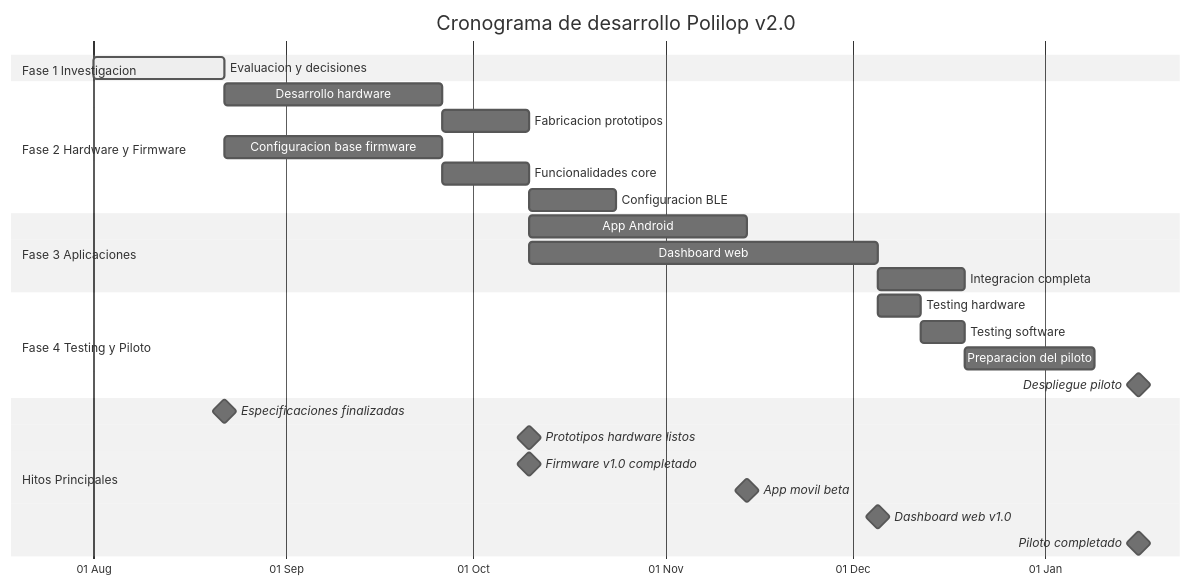
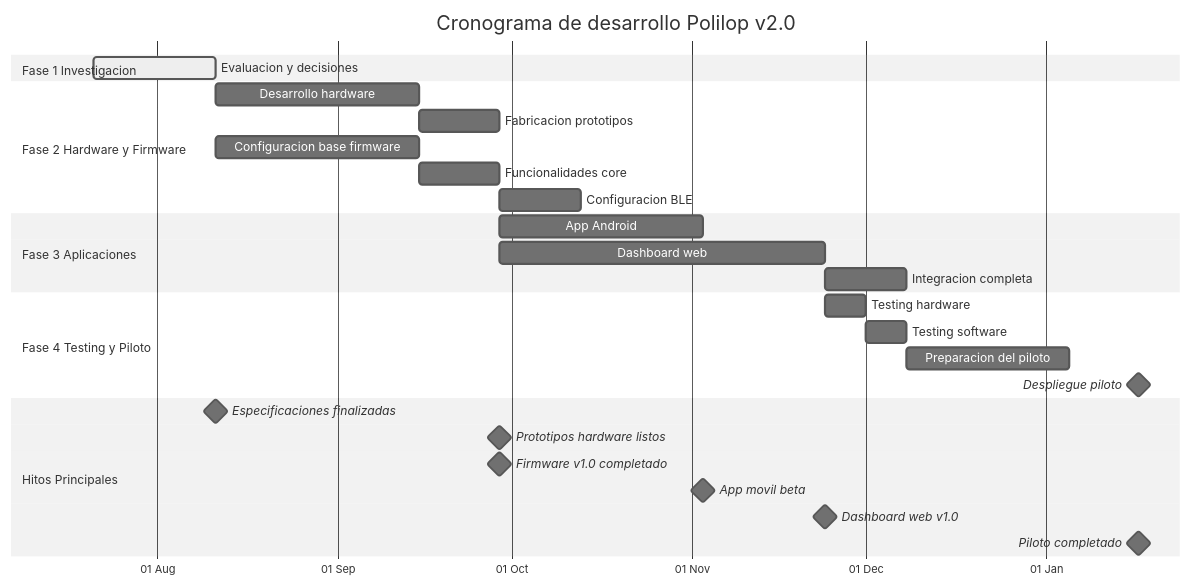
The third of 3 diagrams in README.md (incognia/Polilop), drawn with Mermaid (neutral theme) before and after one commit. The commit also changed other lines of this file and 1 other file, not shown here.

Commit message:
docs: update project timeline to 2025-2026 dates
- Update ROADMAP.md with correct 2025-2026 timeline (6 months duration maintained)
- Adjust all phase dates: Jul 21, 2025 - Jan 17, 2026
- Update milestone dates in ROADMAP.md hitos principales table
- Synchronize Gantt chart in README.md with updated dates
- Update project status dates to reflect current timeline
- Fix table formatting issues in milestone tables
- Maintain 24-week (6 months) duration as specified

````diff
--- a/README.md
+++ b/README.md
@@ -377,37 +377,37 @@
 ```mermaid
 gantt
     title Cronograma de desarrollo Polilop v2.0
     dateFormat YYYY-MM-DD
     axisFormat %d %b
     
     section Fase 1 Investigacion
-    Evaluacion y decisiones          :active, research1, 2024-08-01, 2024-08-22
+    Evaluacion y decisiones          :active, research1, 2025-07-21, 2025-08-11
     
     section Fase 2 Hardware y Firmware
-    Desarrollo hardware             :hw1, 2024-08-22, 2024-09-26
-    Fabricacion prototipos          :hw2, 2024-09-26, 2024-10-10
+    Desarrollo hardware             :hw1, 2025-08-11, 2025-09-15
+    Fabricacion prototipos          :hw2, 2025-09-15, 2025-09-29
     
-    Configuracion base firmware    :fw1, 2024-08-22, 2024-09-26
-    Funcionalidades core            :fw2, 2024-09-26, 2024-10-10
-    Configuracion BLE               :fw3, 2024-10-10, 2024-10-24
+    Configuracion base firmware    :fw1, 2025-08-11, 2025-09-15
+    Funcionalidades core            :fw2, 2025-09-15, 2025-09-29
+    Configuracion BLE               :fw3, 2025-09-29, 2025-10-13
     
     section Fase 3 Aplicaciones
-    App Android                     :app1, 2024-10-10, 2024-11-14
+    App Android                     :app1, 2025-09-29, 2025-11-03
     
-    Dashboard web                   :web1, 2024-10-10, 2024-12-05
-    Integracion completa            :web2, 2024-12-05, 2024-12-19
+    Dashboard web                   :web1, 2025-09-29, 2025-11-24
+    Integracion completa            :web2, 2025-11-24, 2025-12-08
     
     section Fase 4 Testing y Piloto
-    Testing hardware                :test1, 2024-12-05, 2024-12-12
-    Testing software                :test2, 2024-12-12, 2024-12-19
-    Preparacion del piloto          :pilot1, 2024-12-19, 2025-01-09
-    Despliegue piloto               :milestone, pilot2, 2025-01-16, 2025-01-16
+    Testing hardware                :test1, 2025-11-24, 2025-12-01
+    Testing software                :test2, 2025-12-01, 2025-12-08
+    Preparacion del piloto          :pilot1, 2025-12-08, 2026-01-05
+    Despliegue piloto               :milestone, pilot2, 2026-01-17, 2026-01-17
 
     section Hitos Principales
-    Especificaciones finalizadas    :milestone, mile1, 2024-08-22, 2024-08-22
-    Prototipos hardware listos      :milestone, mile2, 2024-10-10, 2024-10-10
-    Firmware v1.0 completado        :milestone, mile3, 2024-10-10, 2024-10-10
-    App movil beta                  :milestone, mile4, 2024-11-14, 2024-11-14
-    Dashboard web v1.0              :milestone, mile5, 2024-12-05, 2024-12-05
-    Piloto completado               :milestone, mile6, 2025-01-16, 2025-01-16
+    Especificaciones finalizadas    :milestone, mile1, 2025-08-11, 2025-08-11
+    Prototipos hardware listos      :milestone, mile2, 2025-09-29, 2025-09-29
+    Firmware v1.0 completado        :milestone, mile3, 2025-09-29, 2025-09-29
+    App movil beta                  :milestone, mile4, 2025-11-03, 2025-11-03
+    Dashboard web v1.0              :milestone, mile5, 2025-11-24, 2025-11-24
+    Piloto completado               :milestone, mile6, 2026-01-17, 2026-01-17
 ```
````
